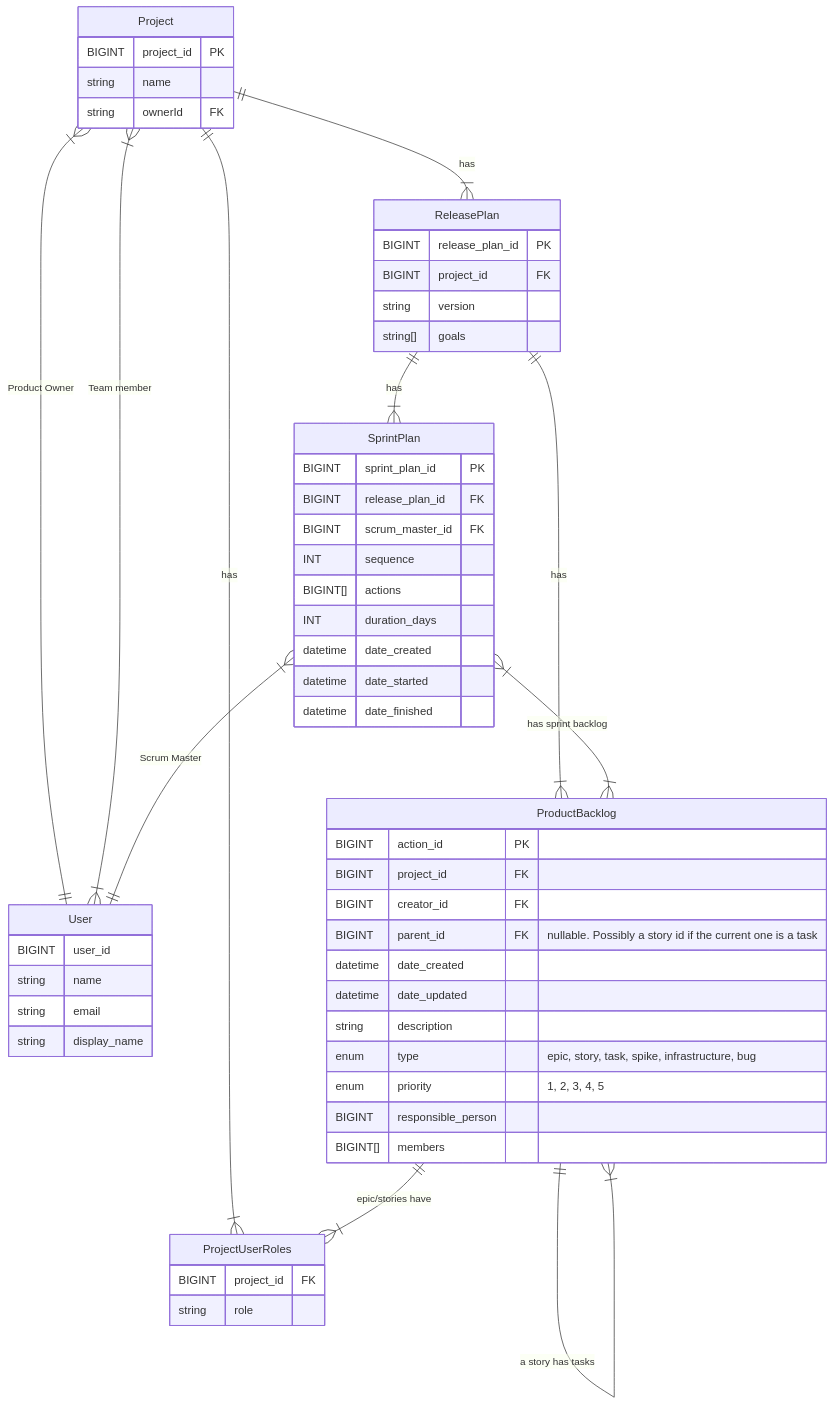
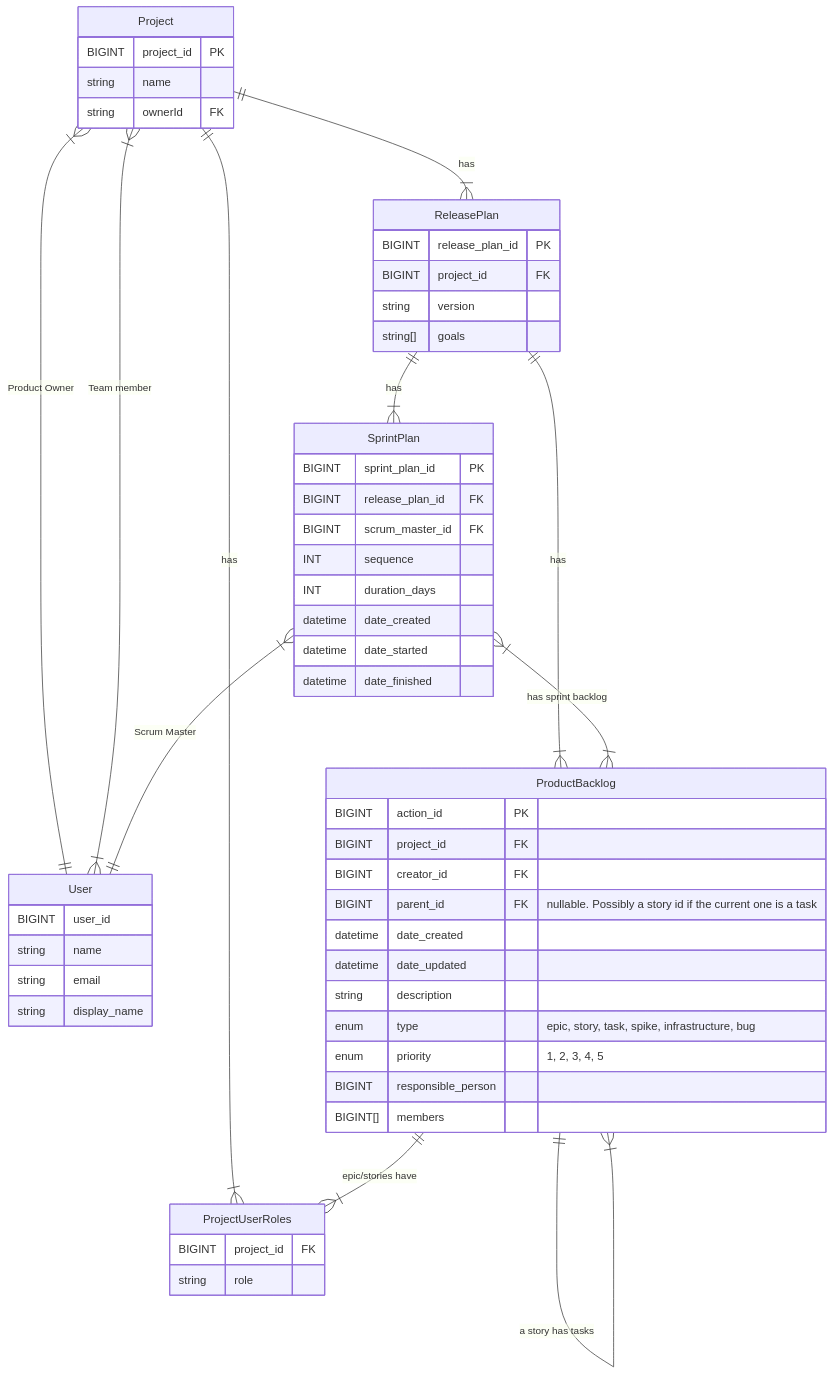
The diagram in documentation/development plans/data_model.md (adhocmaster/ScrumMate), drawn with Mermaid before and after one commit.

````diff
--- a/documentation/development plans/data_model.md
+++ b/documentation/development plans/data_model.md
@@ -4,85 +4,84 @@
 ```mermaid
 
 erDiagram
 
     User {
         BIGINT user_id
         string name
         string email
         string display_name
 
     }
 
     Project {
         BIGINT project_id PK
         string name
         string ownerId FK
     }
 
     ProjectUserRoles {
         BIGINT project_id FK
         string role
     }
 
     ReleasePlan {
         BIGINT release_plan_id PK
         BIGINT project_id FK
 
         string version 
         string[] goals
 
     }
 
     SprintPlan {
         BIGINT sprint_plan_id PK
         BIGINT release_plan_id FK
         BIGINT scrum_master_id FK
 
         INT sequence
-        BIGINT[] actions
         
         INT duration_days
         datetime date_created
         datetime date_started
         datetime date_finished
     }
 
     ProductBacklog {
         BIGINT action_id PK
         BIGINT project_id FK
         BIGINT creator_id FK
 
         BIGINT parent_id FK "nullable. Possibly a story id if the current one is a task"
 
         datetime date_created
         datetime date_updated
 
         string description
         enum type "epic, story, task, spike, infrastructure, bug"
         enum priority "1, 2, 3, 4, 5"
 
         BIGINT responsible_person
         BIGINT[] members
     }
 
 
 
     Project }|--|| User: "Product Owner"
     Project }|--|{ User: "Team member"
     Project ||--|{ ProjectUserRoles: has
 
     Project ||--|{ ReleasePlan: has
     ReleasePlan ||--|{ SprintPlan: has
     ReleasePlan ||--|{ ProductBacklog: has
 
     SprintPlan }|--|{ ProductBacklog: "has sprint backlog"
     SprintPlan }|--|| User: "Scrum Master"
 
     
     ProductBacklog ||--|{ ProjectUserRoles: "epic/stories have"
 
     ProductBacklog ||--|{ ProductBacklog: "a story has tasks"
 
 
 
 ```
````
